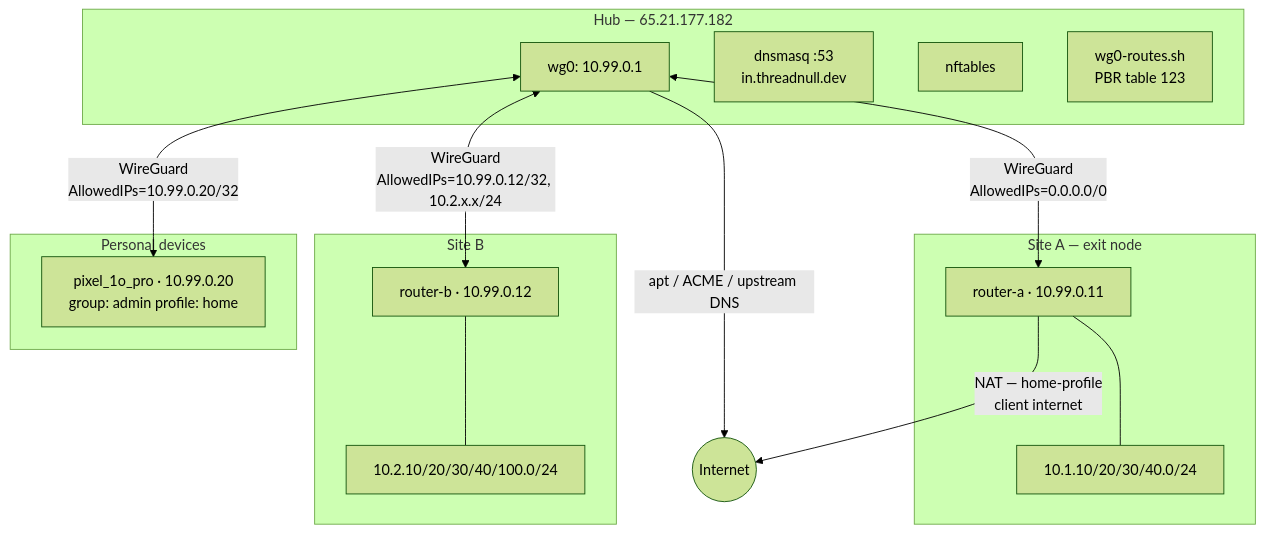
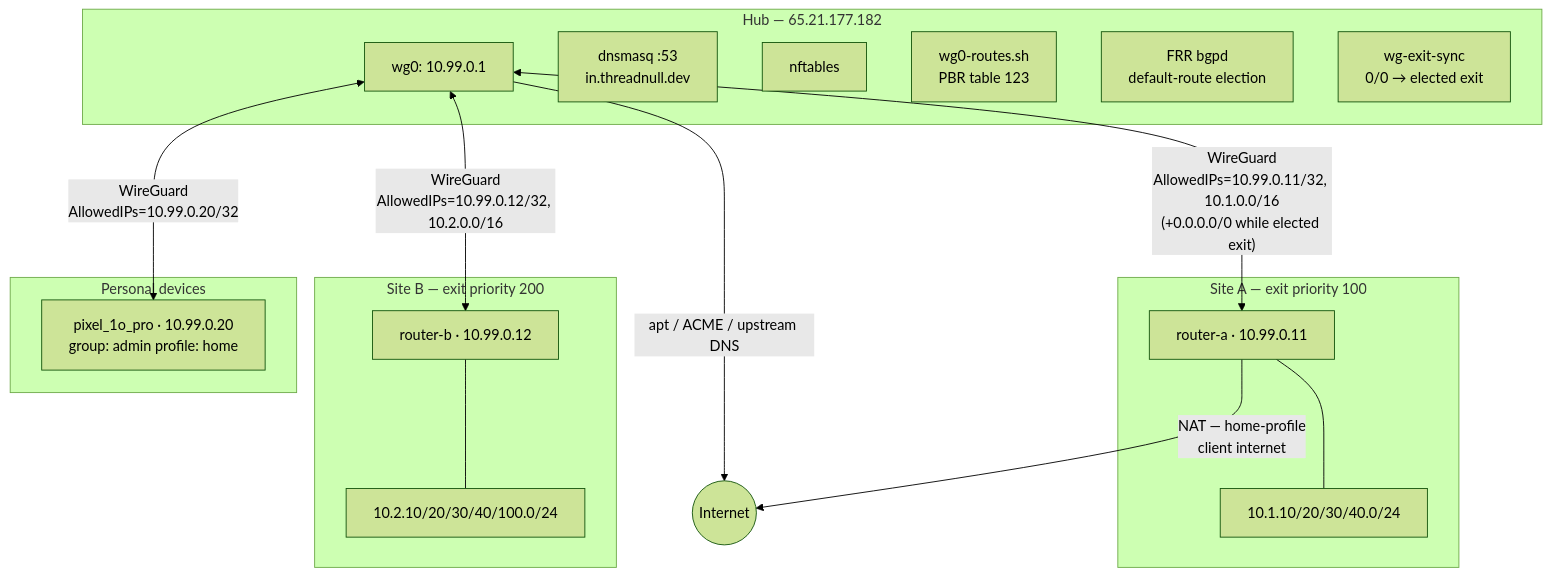
One commit to ilyasirotin/wg-hub-provisioning changed the first of 3 diagrams in OVERVIEW.md. Above: the diagram before and after it, drawn with Mermaid (forest theme). The commit also changed other lines of this file and 13 other files, not shown here.

````diff
--- a/OVERVIEW.md
+++ b/OVERVIEW.md
@@ -13,35 +13,37 @@
 ```mermaid
 graph TB
     INET((Internet))
 
     subgraph HUB["Hub — 65.21.177.182"]
         WG["wg0: 10.99.0.1"]
         DNS["dnsmasq :53\nin.threadnull.dev"]
         FW["nftables"]
         RT["wg0-routes.sh\nPBR table 123"]
+        FRR["FRR bgpd\ndefault-route election"]
+        EXS["wg-exit-sync\n0/0 → elected exit"]
     end
 
-    subgraph SA["Site A — exit node"]
+    subgraph SA["Site A — exit priority 100"]
         RA["router-a · 10.99.0.11"]
         LANA["10.1.10/20/30/40.0/24"]
     end
 
-    subgraph SB["Site B"]
+    subgraph SB["Site B — exit priority 200"]
         RB["router-b · 10.99.0.12"]
         LANB["10.2.10/20/30/40/100.0/24"]
     end
 
     subgraph CLIENTS["Personal devices"]
         PH["pixel_1o_pro · 10.99.0.20\ngroup: admin  profile: home"]
     end
 
-    WG <-->|"WireGuard\nAllowedIPs=0.0.0.0/0"| RA
-    WG <-->|"WireGuard\nAllowedIPs=10.99.0.12/32, 10.2.x.x/24"| RB
+    WG <-->|"WireGuard\nAllowedIPs=10.99.0.11/32, 10.1.0.0/16\n(+0.0.0.0/0 while elected exit)"| RA
+    WG <-->|"WireGuard\nAllowedIPs=10.99.0.12/32, 10.2.0.0/16"| RB
     WG <-->|"WireGuard\nAllowedIPs=10.99.0.20/32"| PH
 
     RA --- LANA
     RB --- LANB
 
     RA -->|"NAT — home-profile\nclient internet"| INET
     WG -->|"apt / ACME / upstream DNS"| INET
 ```
````
